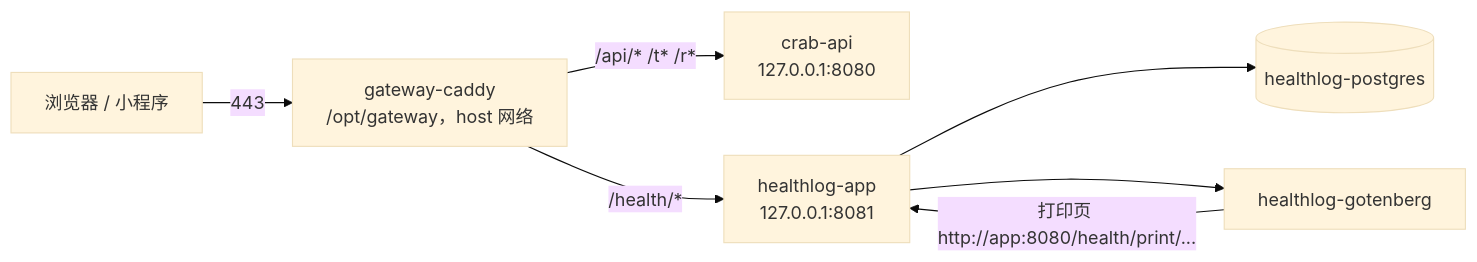
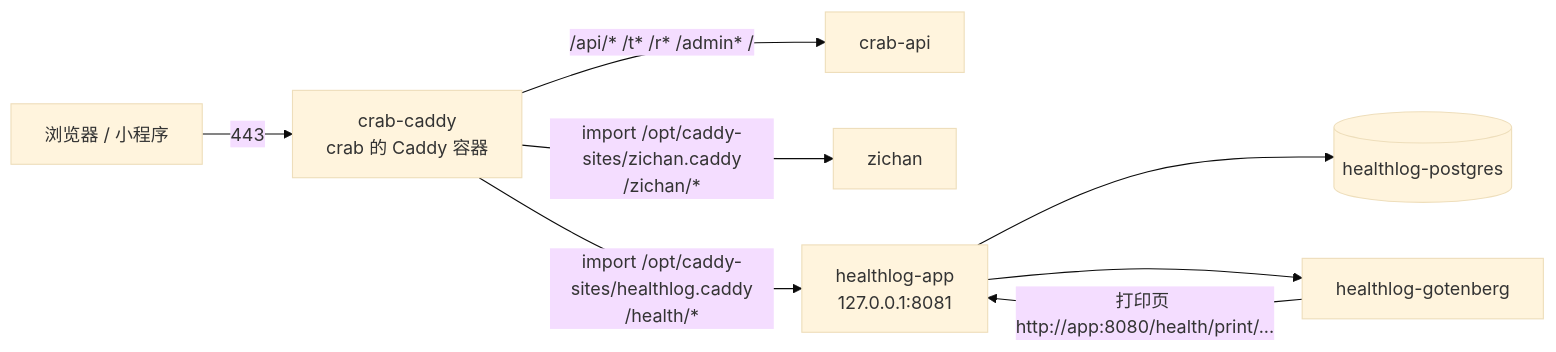
Before and after one commit to RexingRui/famliy-health: the diagram in deploy/DEPLOY.md, drawn with Mermaid (base theme). The commit also changed other lines of this file and 7 other files, not shown here.

First line of the commit message:
Serve /health/ through crab-caddy's import directory instead of a separate gateway

````diff
--- a/deploy/DEPLOY.md
+++ b/deploy/DEPLOY.md
@@ -11,9 +11,10 @@
 ```mermaid
 flowchart LR
-    U[浏览器 / 小程序] -->|443| GW[gateway-caddy<br/>/opt/gateway，host 网络]
-    GW -->|/api/* /t* /r*| CA[crab-api<br/>127.0.0.1:8080]
-    GW -->|/health/*| HA[healthlog-app<br/>127.0.0.1:8081]
+    U[浏览器 / 小程序] -->|443| CC[crab-caddy<br/>crab 的 Caddy 容器]
+    CC -->|/api/* /t* /r* /admin* /| CA[crab-api]
+    CC -->|import /opt/caddy-sites/zichan.caddy<br/>/zichan/*| ZC[zichan]
+    CC -->|import /opt/caddy-sites/healthlog.caddy<br/>/health/*| HA[healthlog-app<br/>127.0.0.1:8081]
     HA --> PG[(healthlog-postgres)]
     HA --> GB[healthlog-gotenberg]
     GB -->|打印页 http://app:8080/health/print/...| HA
 ```
````
